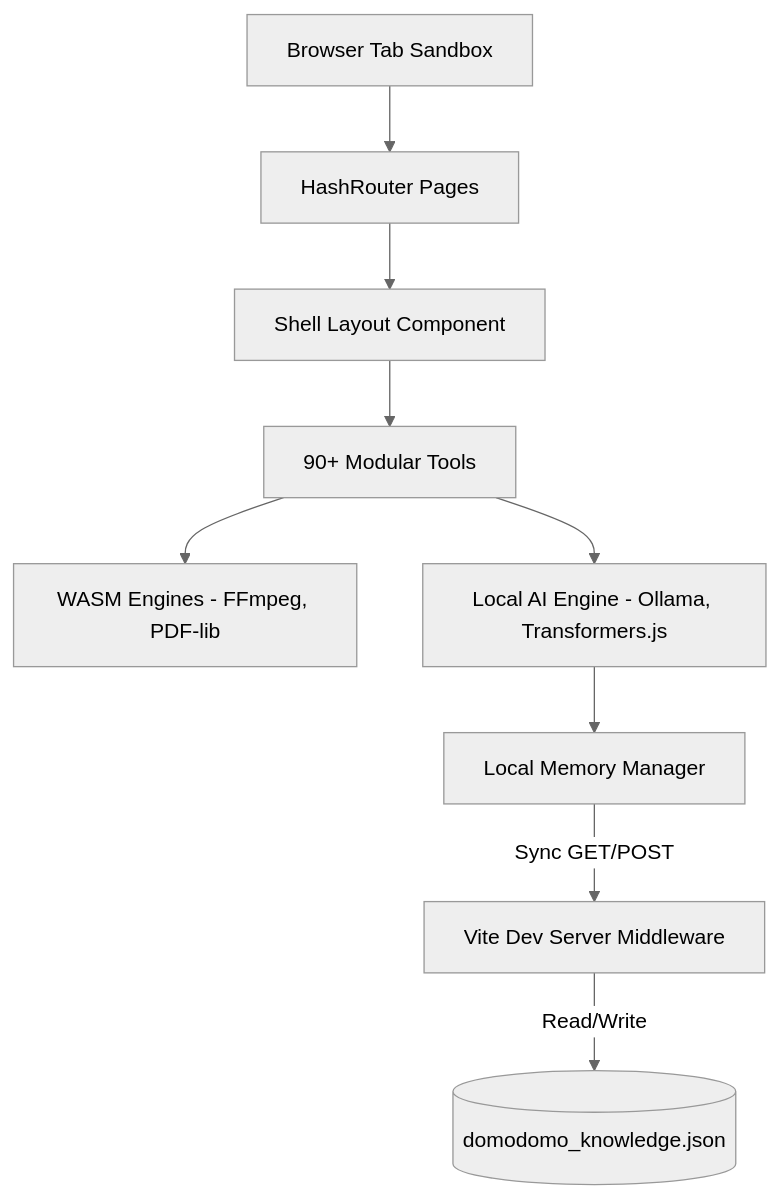
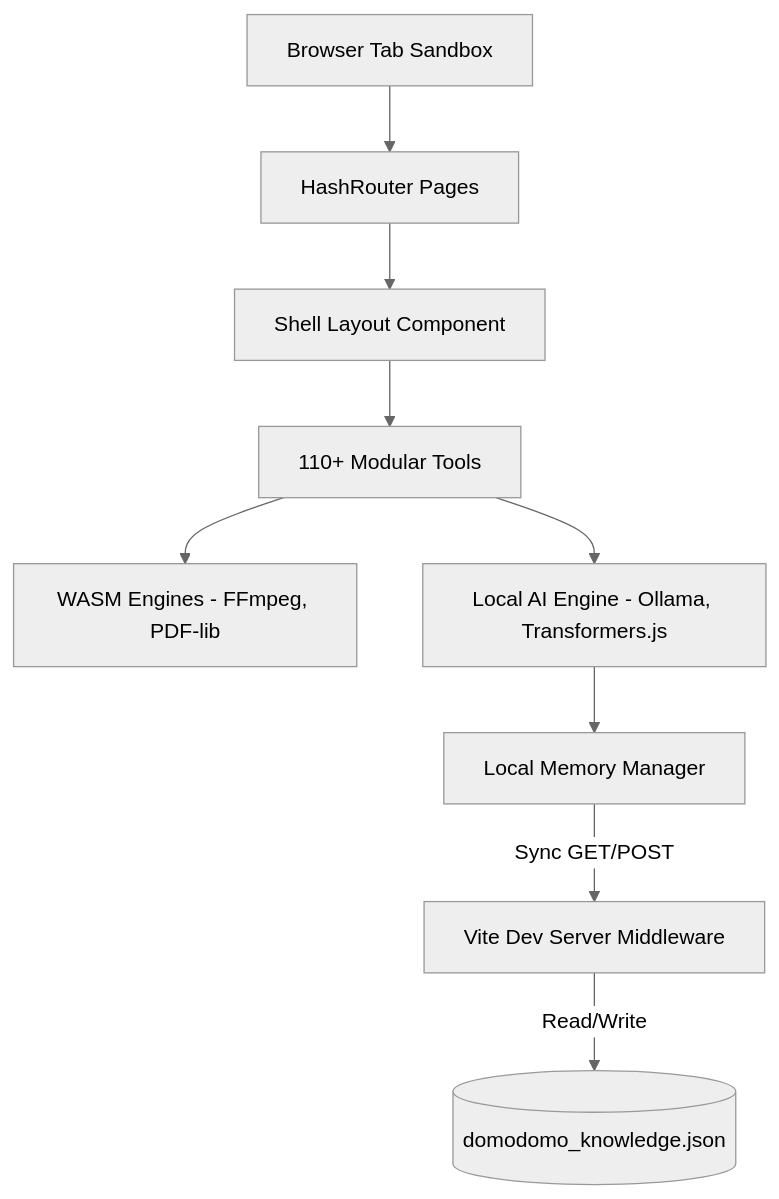
One commit to darknecrocities/DomoDomo---All-in-one-Tool changed the diagram in DESIGN.md. Above: the diagram before and after it, drawn with Mermaid (neutral theme). The commit also changed 1 other file, not shown here.

Commit message:
docs(dev-tools): document 10 new additional tools and update total count in design specs

````diff
--- a/DESIGN.md
+++ b/DESIGN.md
@@ -22,11 +22,11 @@
 ```mermaid
 graph TD
     Client[Browser Tab Sandbox] --> Router[HashRouter Pages]
     Router --> Shell[Shell Layout Component]
-    Shell --> Tools[90+ Modular Tools]
+    Shell --> Tools[110+ Modular Tools]
     Tools --> WASM[WASM Engines - FFmpeg, PDF-lib]
     Tools --> AI[Local AI Engine - Ollama, Transformers.js]
     AI --> LocalMemory[Local Memory Manager]
     LocalMemory -->|Sync GET/POST| Vite[Vite Dev Server Middleware]
     Vite -->|Read/Write| File[(domodomo_knowledge.json)]
 ```
````
